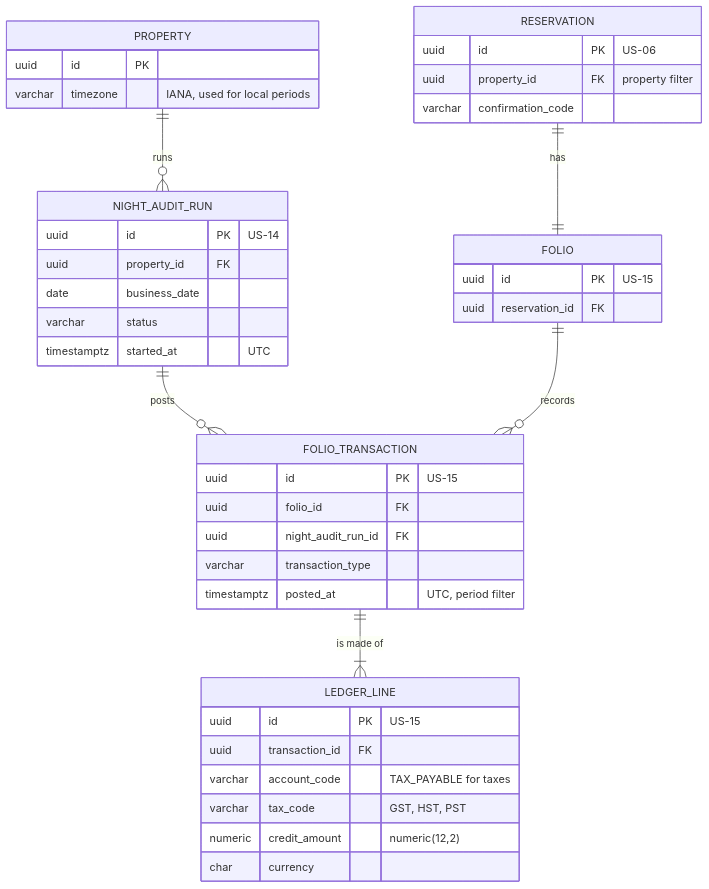
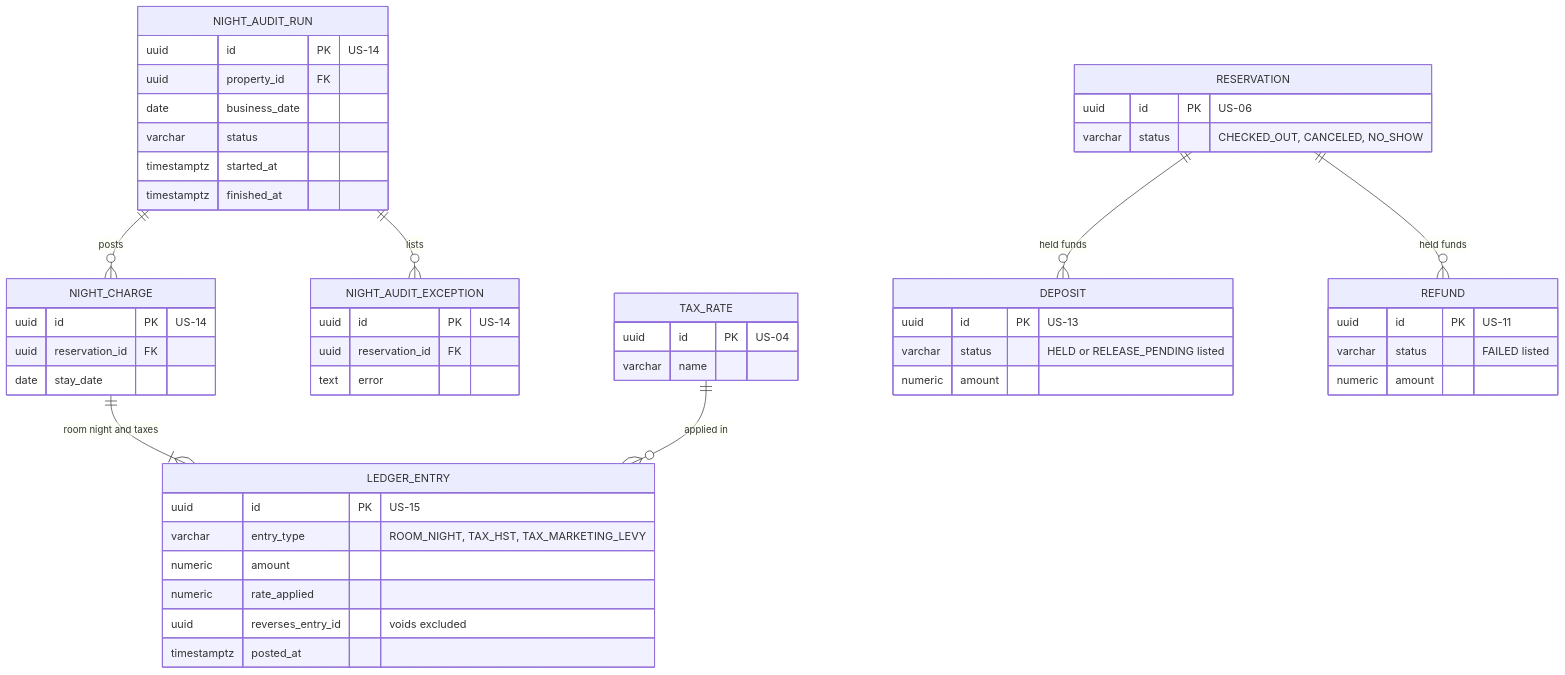
Before and after one commit to BraceroInSabot/Motel-Starmie: the second of 4 diagrams in docs/Initial Requirements/Diagrams/US-22 - Night Audit and Tax Reports.md, drawn with Mermaid. The commit also changed other lines of this file and 51 other files, not shown here.

````diff
--- a/docs/Initial Requirements/Diagrams/US-22 - Night Audit and Tax Reports.md
+++ b/docs/Initial Requirements/Diagrams/US-22 - Night Audit and Tax Reports.md
@@ -137,44 +181,54 @@
 ```mermaid
 erDiagram
-    PROPERTY ||--o{ NIGHT_AUDIT_RUN : "runs"
-    NIGHT_AUDIT_RUN ||--o{ FOLIO_TRANSACTION : "posts"
-    FOLIO ||--o{ FOLIO_TRANSACTION : "records"
-    FOLIO_TRANSACTION ||--|{ LEDGER_LINE : "is made of"
-    RESERVATION ||--|| FOLIO : "has"
+    NIGHT_AUDIT_RUN ||--o{ NIGHT_CHARGE : "posts"
+    NIGHT_AUDIT_RUN ||--o{ NIGHT_AUDIT_EXCEPTION : "lists"
+    NIGHT_CHARGE ||--|{ LEDGER_ENTRY : "room night and taxes"
+    TAX_RATE ||--o{ LEDGER_ENTRY : "applied in"
+    RESERVATION ||--o{ DEPOSIT : "held funds"
+    RESERVATION ||--o{ REFUND : "held funds"
 
     NIGHT_AUDIT_RUN {
         uuid id PK "US-14"
         uuid property_id FK
         date business_date
         varchar status
-        timestamptz started_at "UTC"
+        timestamptz started_at
+        timestamptz finished_at
     }
-    FOLIO_TRANSACTION {
+    NIGHT_CHARGE {
+        uuid id PK "US-14"
+        uuid reservation_id FK
+        date stay_date
+    }
+    NIGHT_AUDIT_EXCEPTION {
+        uuid id PK "US-14"
+        uuid reservation_id FK
+        text error
+    }
+    LEDGER_ENTRY {
         uuid id PK "US-15"
-        uuid folio_id FK
-        uuid night_audit_run_id FK
-        varchar transaction_type
-        timestamptz posted_at "UTC, period filter"
+        varchar entry_type "ROOM_NIGHT, TAX_HST, TAX_MARKETING_LEVY"
+        numeric amount
+        numeric rate_applied
+        uuid reverses_entry_id "voids excluded"
+        timestamptz posted_at
     }
-    LEDGER_LINE {
-        uuid id PK "US-15"
-        uuid transaction_id FK
-        varchar account_code "TAX_PAYABLE for taxes"
-        varchar tax_code "GST, HST, PST"
-        numeric credit_amount "numeric(12,2)"
-        char currency
+    TAX_RATE {
+        uuid id PK "US-04"
+        varchar name
     }
-    FOLIO {
-        uuid id PK "US-15"
-        uuid reservation_id FK
+    DEPOSIT {
+        uuid id PK "US-13"
+        varchar status "HELD or RELEASE_PENDING listed"
+        numeric amount
+    }
+    REFUND {
+        uuid id PK "US-11"
+        varchar status "FAILED listed"
+        numeric amount
     }
     RESERVATION {
         uuid id PK "US-06"
-        uuid property_id FK "property filter"
-        varchar confirmation_code
-    }
-    PROPERTY {
-        uuid id PK
-        varchar timezone "IANA, used for local periods"
+        varchar status "CHECKED_OUT, CANCELED, NO_SHOW"
     }
 ```
````
